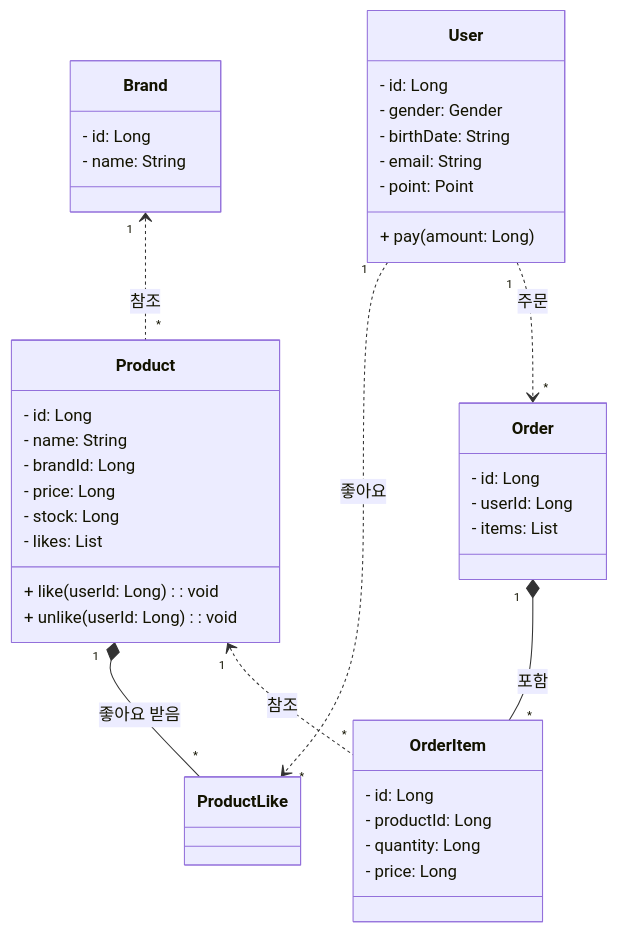
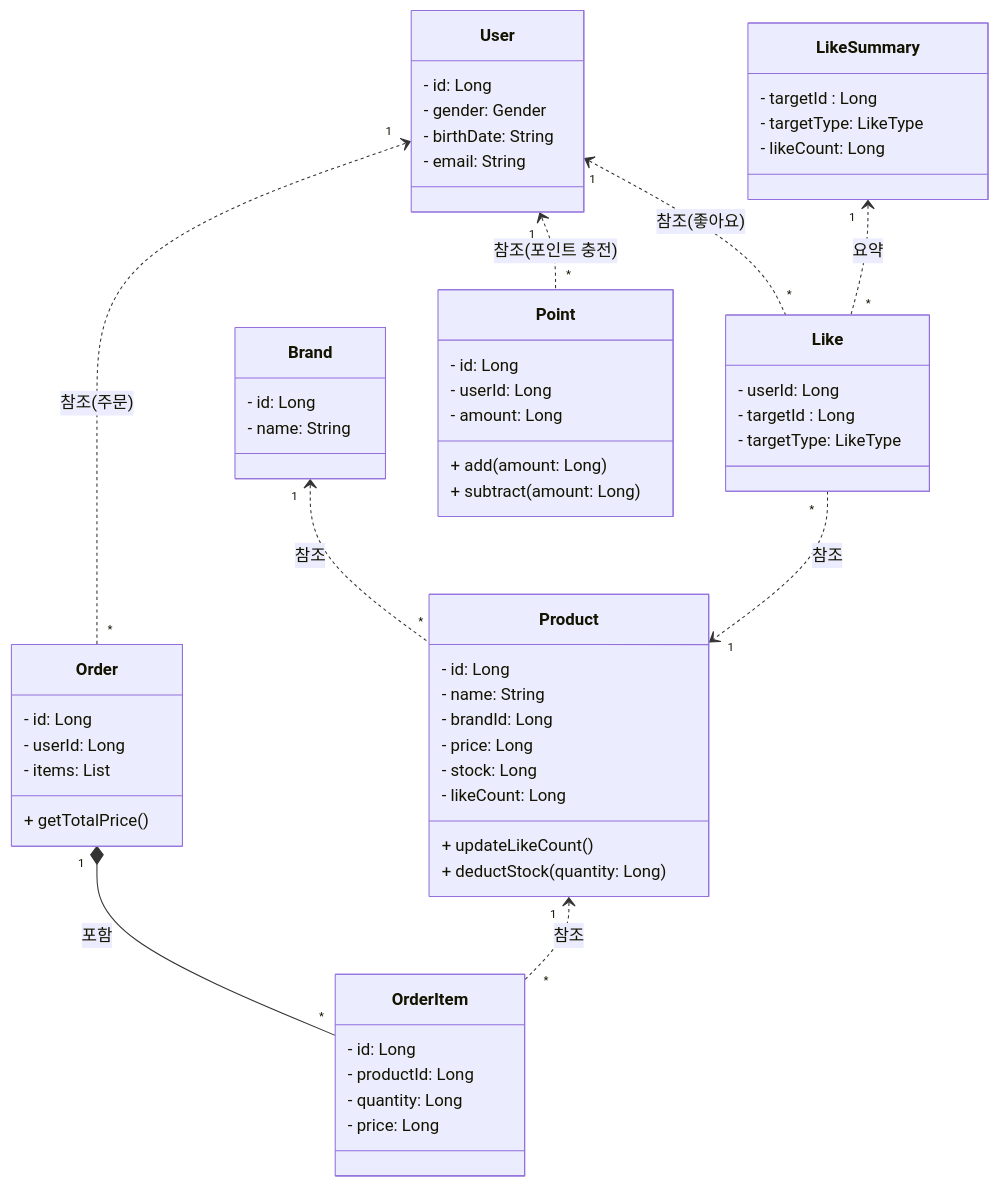
The diagram in docs/design/03-class-diagrams.md (Iol-lshh/loopers_be_practice_byjava), drawn with Mermaid before and after one commit. The commit also changed other lines of this file and 100 other files, not shown here.

````diff
--- a/docs/design/03-class-diagrams.md
+++ b/docs/design/03-class-diagrams.md
@@ -8,49 +8,67 @@
 ```mermaid
 classDiagram
     class Brand {
         - id: Long
         - name: String
     }
 
     class Product {
         - id: Long
         - name: String
         - brandId: Long
         - price: Long
         - stock: Long
-        - likes: List<ProductLike>
-        + like(userId: Long): void
-        + unlike(userId: Long): void
+        - likeCount: Long
+        + updateLikeCount()
+        + deductStock(quantity: Long)
     }
     Brand "1" <.. "*" Product: 참조
-    Product "1" *-- "*" ProductLike: 좋아요 받음
 
-    class ProductLike {
+    class Like {
+        - userId: Long
+        - targetId : Long
+        - targetType: LikeType
     }
+    User "1" <.. "*" Like: 참조(좋아요)
+    Like "*" ..> "1" Product: 참조
+    
+    class LikeSummary {
+        - targetId : Long
+        - targetType: LikeType
+        - likeCount: Long
+    }
+    LikeSummary "1" <.. "*" Like: 요약
 
     class User {
         - id: Long
         - gender: Gender
         - birthDate: String
         - email: String
-        - point: Point
-        + pay(amount: Long)
     }
-    User "1" ..> "*" ProductLike: 좋아요
+    
+    class Point {
+        - id: Long
+        - userId: Long
+        - amount: Long
+        + add(amount: Long)
+        + subtract(amount: Long)
+    }
+    User "1" <.. "*" Point: 참조(포인트 충전)
 
     class Order {
         - id: Long
         - userId: Long    
         - items: List<OrderItem>
+        + getTotalPrice()
     }
     Order "1" *-- "*" OrderItem: 포함
-    User "1" ..> "*" Order: 주문
+    User "1" <.. "*" Order: 참조(주문)
 
     class OrderItem {
         - id: Long
         - productId: Long
         - quantity: Long
         - price: Long
     }
     Product "1" <.. "*" OrderItem: 참조
 ```
````
